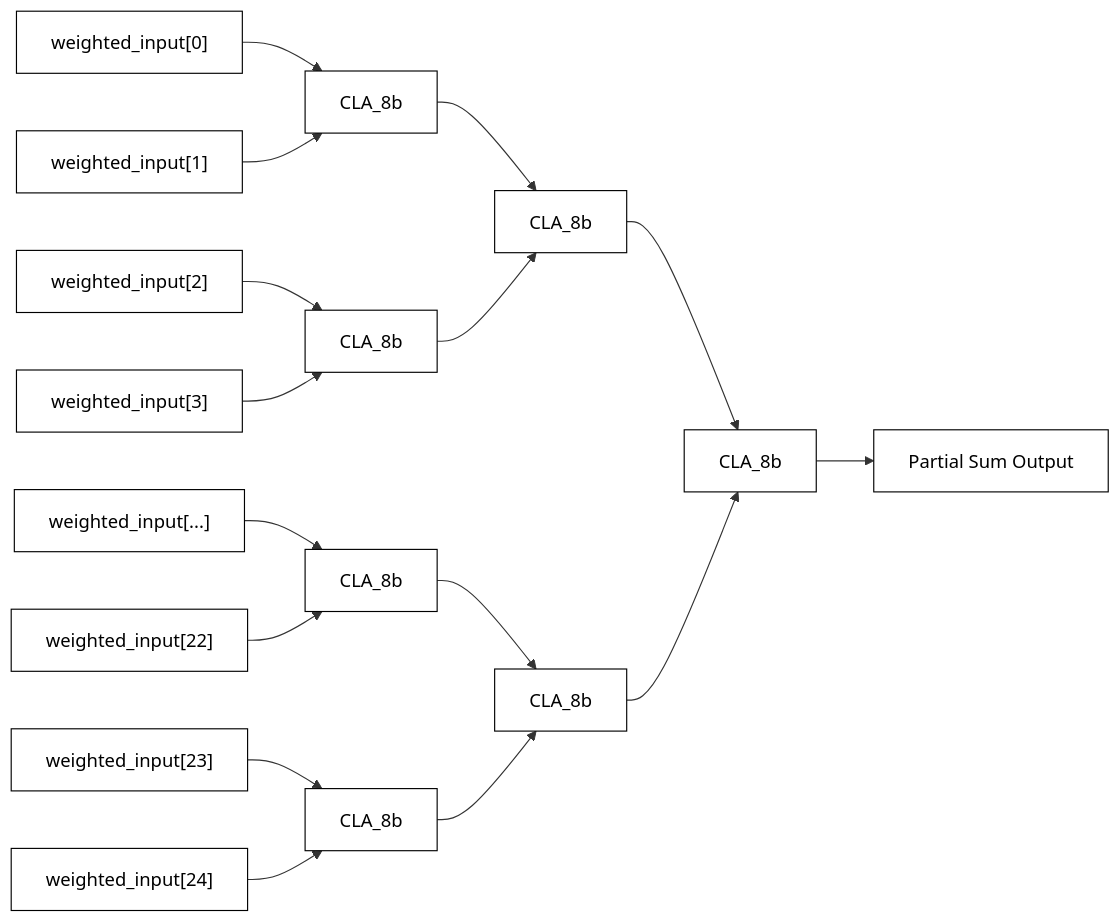
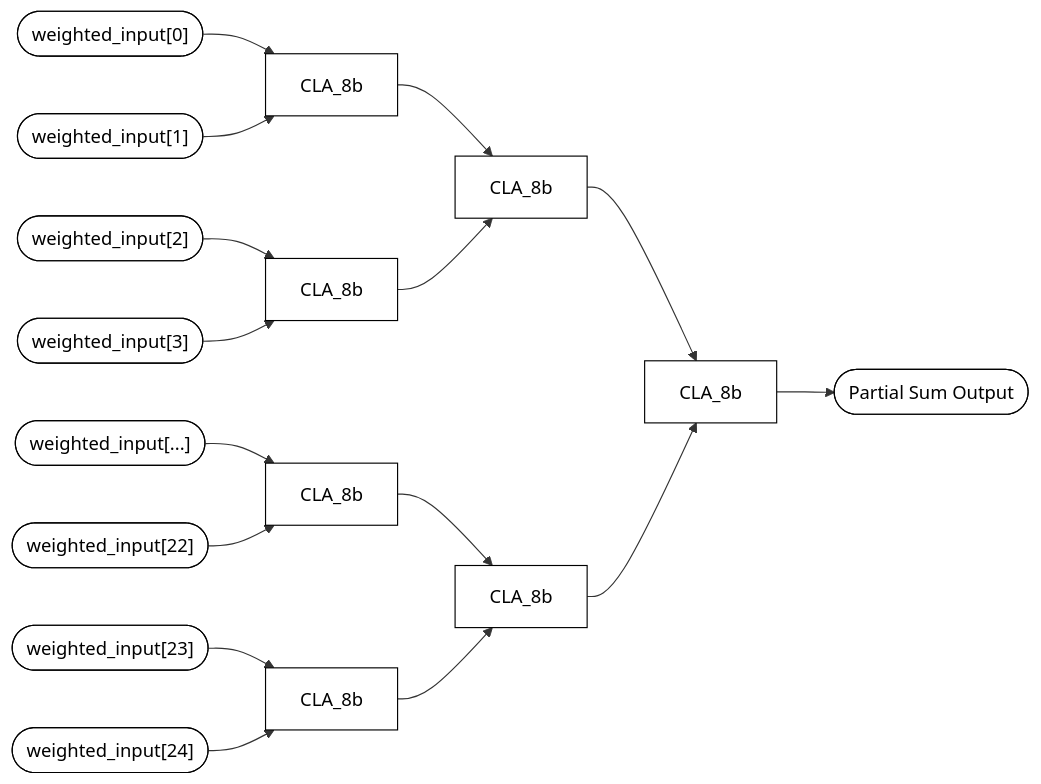
Before and after one commit to chohyjee1021-tech/configurable_MAC_IP: the first of 2 diagrams in mac_ip_trm.md, drawn with Mermaid. The commit also changed other lines of this file, not shown here.

````diff
--- a/mac_ip_trm.md
+++ b/mac_ip_trm.md
@@ -130,50 +148,50 @@
 ```mermaid
 flowchart LR
 
 classDef node fill:#ffffff,stroke:#000000,color:#000000;
 classDef adder fill:#ffffff,stroke:#000000,color:#000000;
 
 %% Input stage (representative inputs only)
-WI0["weighted_input[0]"]
-WI1["weighted_input[1]"]
-WI2["weighted_input[2]"]
-WI3["weighted_input[3]"]
-WIN["weighted_input[...]"]
-WI22["weighted_input[22]"]
-WI23["weighted_input[23]"]
-WI24["weighted_input[24]"]
+WI0(["weighted_input[0]"])
+WI1(["weighted_input[1]"])
+WI2(["weighted_input[2]"])
+WI3(["weighted_input[3]"])
+WIN(["weighted_input[...]"])
+WI22(["weighted_input[22]"])
+WI23(["weighted_input[23]"])
+WI24(["weighted_input[24]"])
 
 %% Level 1 accumulation
 A0["CLA_8b"]
 A1["CLA_8b"]
 A2["CLA_8b"]
 A3["CLA_8b"]
 
 WI0 --> A0
 WI1 --> A0
 WI2 --> A1
 WI3 --> A1
 WIN --> A2
 WI22 --> A2
 WI23 --> A3
 WI24 --> A3
 
 %% Level 2 accumulation
 B0["CLA_8b"]
 B1["CLA_8b"]
 
 A0 --> B0
 A1 --> B0
 A2 --> B1
 A3 --> B1
 
 %% Level 3 accumulation
 C0["CLA_8b"]
 
 B0 --> C0
 B1 --> C0
 
 %% Output
-OUT["Partial Sum Output"]
+OUT(["Partial Sum Output"])
 C0 --> OUT
 ```
````
